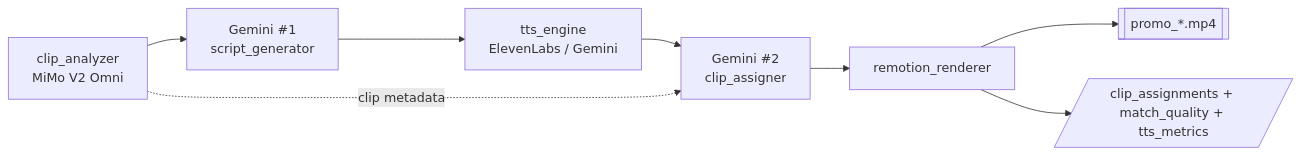
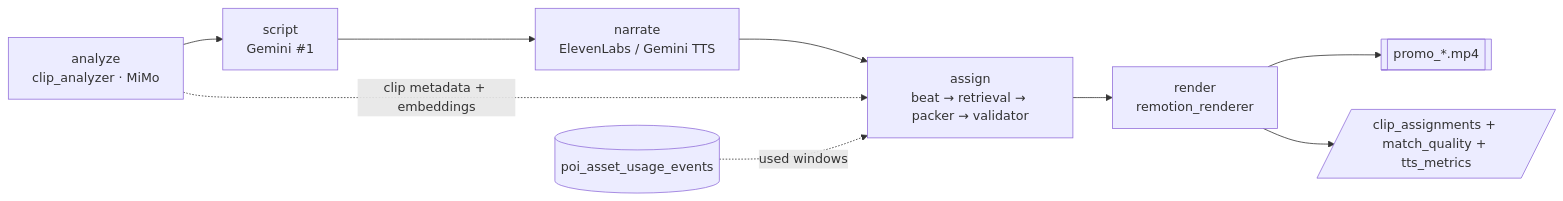
Before and after one commit to Leo86868/Promo-Pipeline: the first of 2 diagrams in architecture.md, drawn with Mermaid. The commit also changed other lines of this file and 1 other file, not shown here.

````diff
--- a/architecture.md
+++ b/architecture.md
@@ -11,18 +13,11 @@
 ```mermaid
 flowchart LR
-    MiMo[clip_analyzer<br/>MiMo V2 Omni]
-    G1[Gemini #1<br/>script_generator]
-    TTS[tts_engine<br/>ElevenLabs / Gemini]
-    G2[Gemini #2<br/>clip_assigner]
-    Render[remotion_renderer]
-    MP4[[promo_*.mp4]]
-    Sidecars[/clip_assignments + match_quality + tts_metrics/]
-
-    MiMo --> G1
-    G1 --> TTS
-    TTS --> G2
-    MiMo -. clip metadata .-> G2
-    G2 --> Render
-    Render --> MP4
-    Render --> Sidecars
+    MiMo[analyze<br/>clip_analyzer · MiMo] --> G1[script<br/>Gemini #1]
+    G1 --> TTS[narrate<br/>ElevenLabs / Gemini TTS]
+    TTS --> ASSIGN[assign<br/>beat → retrieval → packer → validator]
+    MiMo -. clip metadata + embeddings .-> ASSIGN
+    Ledger[(poi_asset_usage_events)] -. used windows .-> ASSIGN
+    ASSIGN --> Render[render<br/>remotion_renderer]
+    Render --> MP4[[promo_*.mp4]]
+    Render --> Sidecars[/clip_assignments + match_quality + tts_metrics/]
 ```
````
